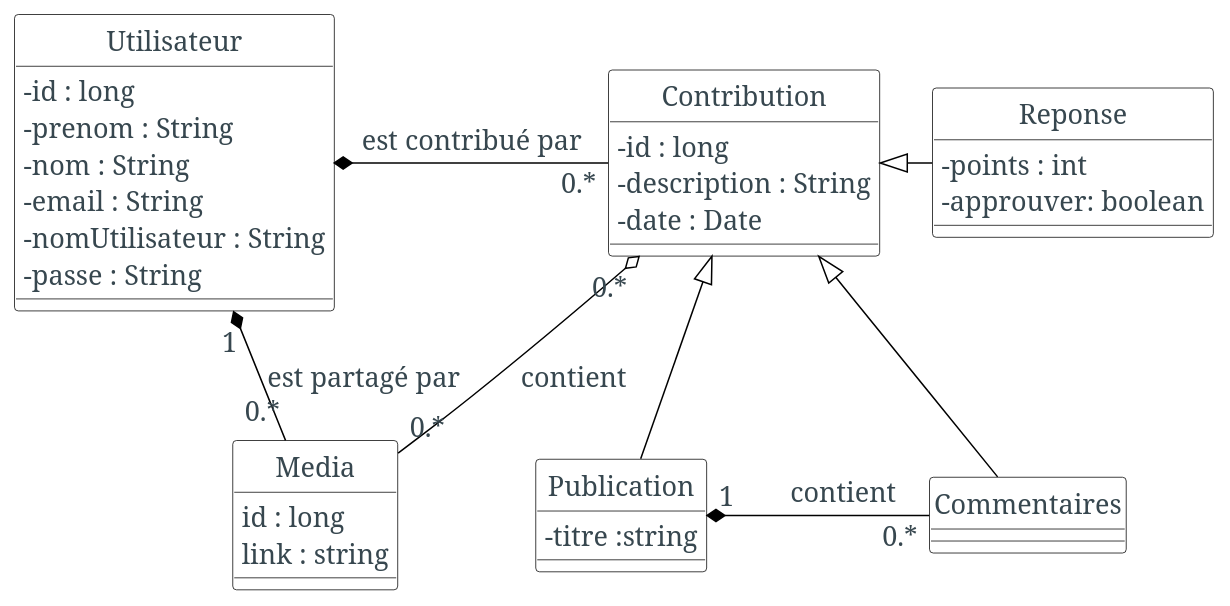
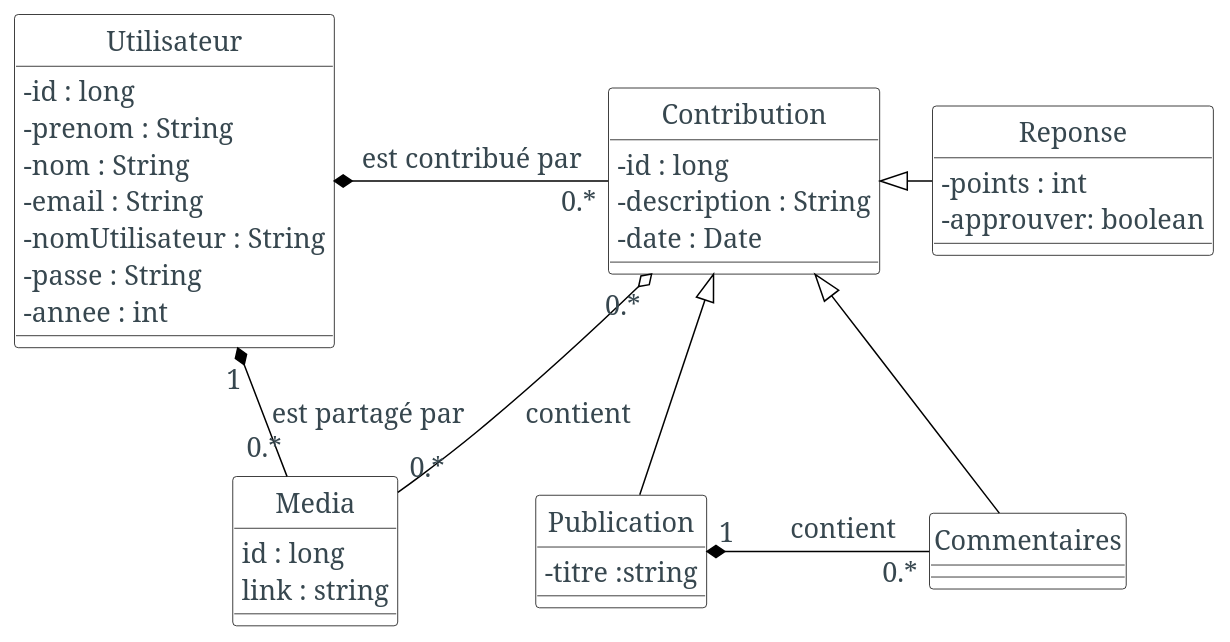
The diagram in diagrammes/src/class.puml (assimhabeek/memoire), drawn with PlantUML before and after one commit. The commit also changed 2 other files, not shown here.

```diff
--- a/diagrammes/src/class.puml
+++ b/diagrammes/src/class.puml
@@ -1,54 +1,55 @@
 @startuml
 left to right direction
 skinparam backgroundColor #fff
 skinparam defaultFontColor #37474f
 skinparam defaultFontSize 18
 skinparam defaultFontName serif
 skinparam defaultFontStyle normal
 skinparam classAttributeIconSize 0
 skinparam classBackgroundColor #fff
 skinparam classBorderColor #000
 skinparam classArrowColor #000
 
 hide class circle
 
 class  "Utilisateur"  as user{
 -id : long
 -prenom : String
 -nom : String
 -email : String
 -nomUtilisateur : String
 -passe : String
+-annee : int
 }
 
 class "Contribution" as contribution {
 -id : long
 -description : String
 -date : Date
 }
 
 class "Publication" as post{
 -titre :string
 }
 
 class "Commentaires" as comments
 
 class "Reponse" as response{
 -points : int
 -approuver: boolean
 }
 
 class "Media" as media{
 id : long
 link : string
 }
 
 user  *- "0.*" contribution : est contribué par
 top to bottom direction
 user "1" *-- "0.*" media : est partagé par
 contribution "0.*" o-- "0.*" media : contient
 contribution <|-- post
 contribution <|- comments
 contribution <|- response
 post "1" *- "0.*" comments :\tcontient\t
 @enduml
```
